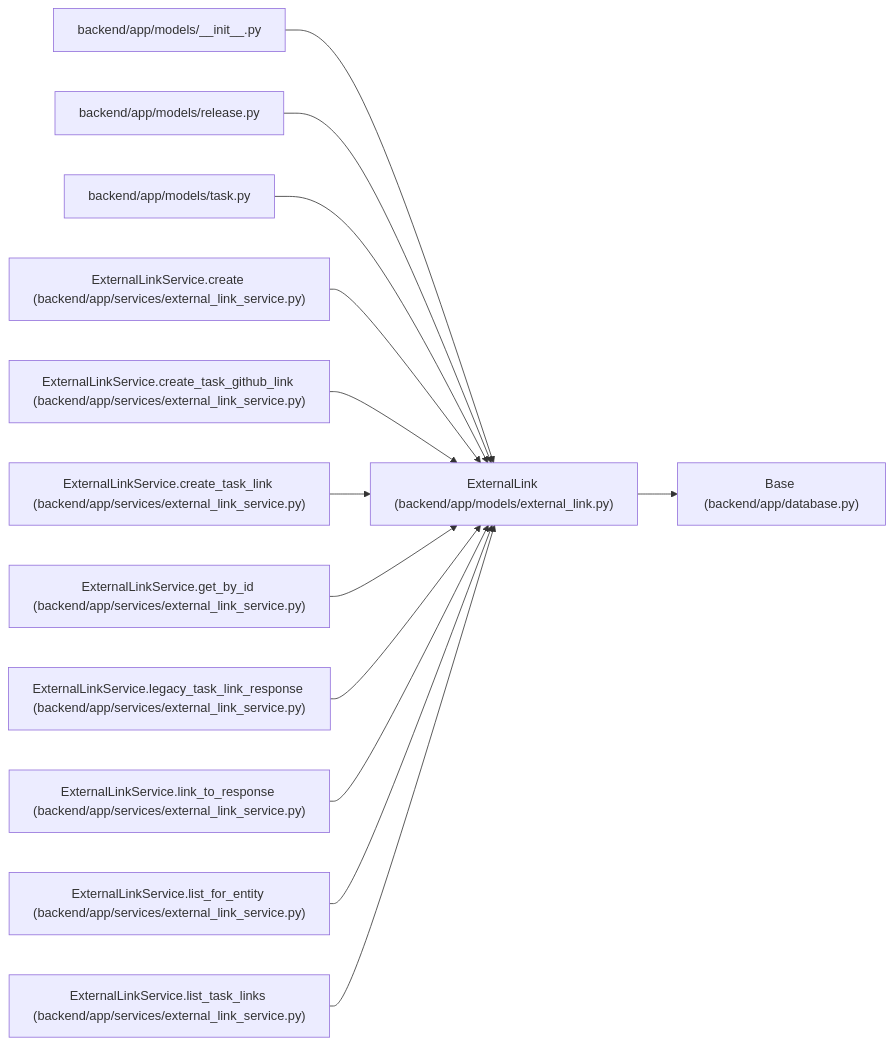
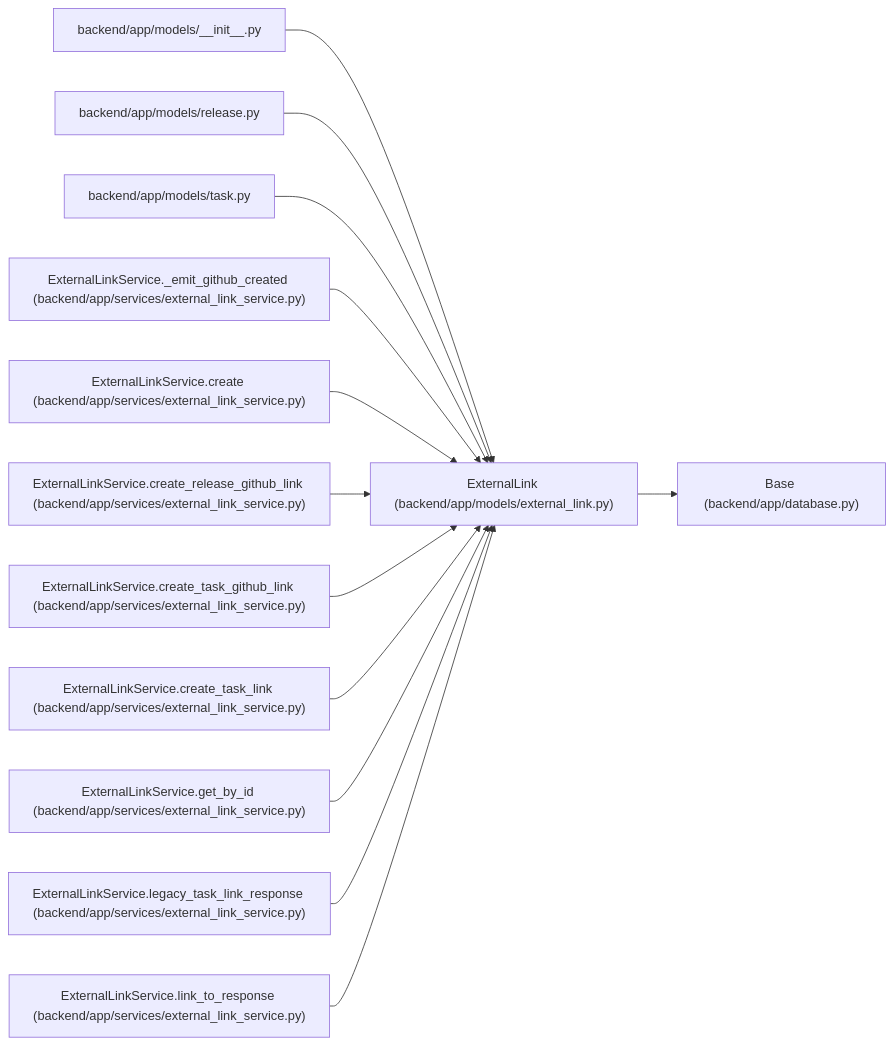
The diagram in docs/llm_wiki/entities/models_external_link_ExternalLink.md (Denissvgn/WorkChord), drawn with Mermaid before and after one commit. The commit also changed other lines of this file and 2373 other files, not shown here.

````diff
--- a/docs/llm_wiki/entities/models_external_link_ExternalLink.md
+++ b/docs/llm_wiki/entities/models_external_link_ExternalLink.md
@@ -35,41 +35,41 @@
 ```mermaid
 flowchart LR
     n0["ExternalLink (backend/app/models/external_link.py)"]
     n1["Base (backend/app/database.py)"]
     n2["backend/app/models/__init__.py"]
     n3["backend/app/models/release.py"]
     n4["backend/app/models/task.py"]
-    n5["ExternalLinkService.create (backend/app/services/external_link_service.py)"]
-    n6["ExternalLinkService.create_task_github_link (backend/app/services/external_link_service.py)"]
-    n7["ExternalLinkService.create_task_link (backend/app/services/external_link_service.py)"]
-    n8["ExternalLinkService.get_by_id (backend/app/services/external_link_service.py)"]
-    n9["ExternalLinkService.legacy_task_link_response (backend/app/services/external_link_service.py)"]
-    n10["ExternalLinkService.link_to_response (backend/app/services/external_link_service.py)"]
-    n11["ExternalLinkService.list_for_entity (backend/app/services/external_link_service.py)"]
-    n12["ExternalLinkService.list_task_links (backend/app/services/external_link_service.py)"]
+    n5["ExternalLinkService._emit_github_created (backend/app/services/external_link_service.py)"]
+    n6["ExternalLinkService.create (backend/app/services/external_link_service.py)"]
+    n7["ExternalLinkService.create_release_github_link (backend/app/services/external_link_service.py)"]
+    n8["ExternalLinkService.create_task_github_link (backend/app/services/external_link_service.py)"]
+    n9["ExternalLinkService.create_task_link (backend/app/services/external_link_service.py)"]
+    n10["ExternalLinkService.get_by_id (backend/app/services/external_link_service.py)"]
+    n11["ExternalLinkService.legacy_task_link_response (backend/app/services/external_link_service.py)"]
+    n12["ExternalLinkService.link_to_response (backend/app/services/external_link_service.py)"]
     n0 --> n1
     n2 --> n0
     n3 --> n0
     n4 --> n0
     n5 --> n0
     n6 --> n0
     n7 --> n0
     n8 --> n0
     n9 --> n0
     n10 --> n0
     n11 --> n0
     n12 --> n0
     click n0 "../modules/models_external_link.md"
     click n1 "../modules/app_database.md"
     click n2 "../modules/models___init__.md"
     click n3 "../modules/models_release.md"
     click n4 "../modules/models_task.md"
     click n5 "../modules/external_link_service.md"
     click n6 "../modules/external_link_service.md"
     click n7 "../modules/external_link_service.md"
     click n8 "../modules/external_link_service.md"
     click n9 "../modules/external_link_service.md"
     click n10 "../modules/external_link_service.md"
     click n11 "../modules/external_link_service.md"
     click n12 "../modules/external_link_service.md"
 ```
````
